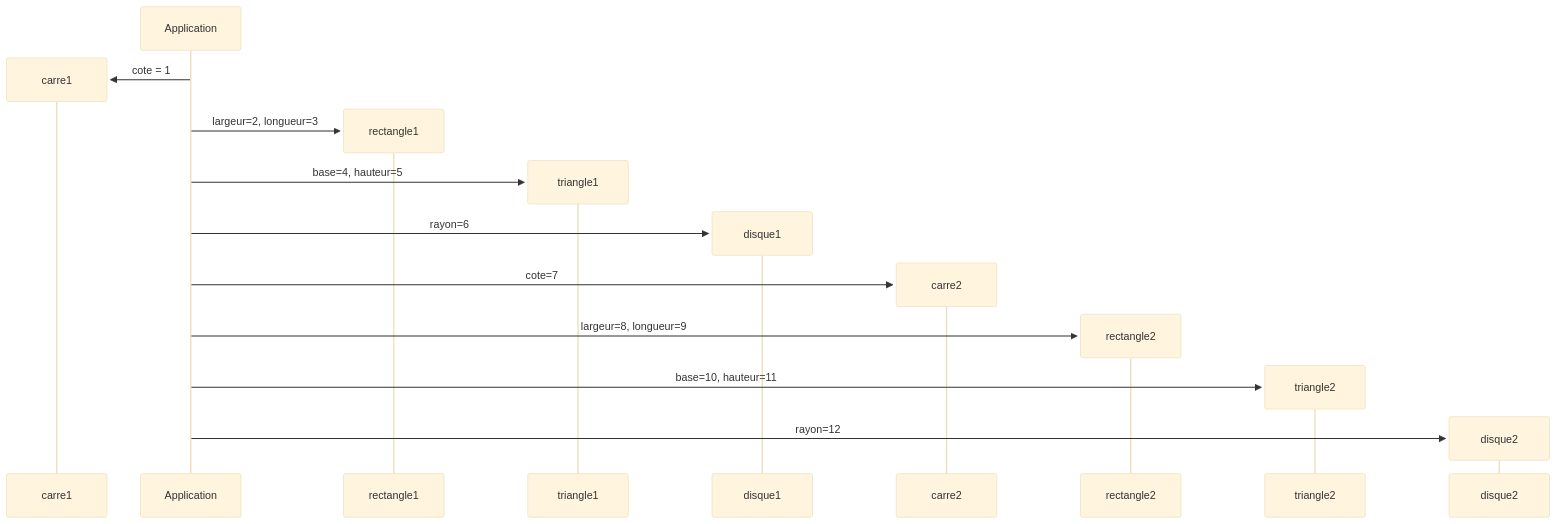
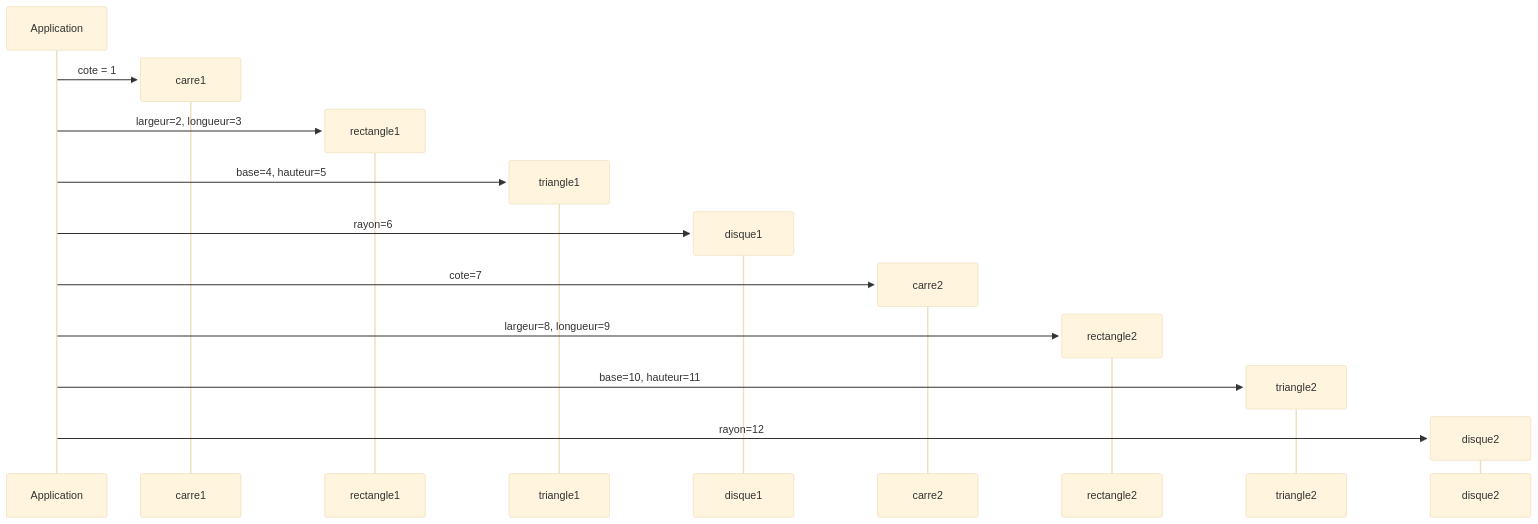
Before and after one commit to emf-info-320/320_EX_05_FORMES_POO: the fifth of 5 diagrams in README.md, drawn with Mermaid (base theme). The commit also changed other lines of this file, not shown here.

Commit message:
correction diagrammes

````diff
--- a/README.md
+++ b/README.md
@@ -311,20 +313,21 @@
 ```mermaid
 sequenceDiagram
+    participant Application
     create participant carre1
     Application->>carre1: cote = 1
     create participant rectangle1
     Application->>rectangle1: largeur=2, longueur=3
     create participant triangle1
     Application->> triangle1 : base=4, hauteur=5
     create participant disque1
     Application->> disque1 : rayon=6
     create participant carre2
     Application->> carre2 : cote=7
     create participant rectangle2
     Application ->> rectangle2 : largeur=8, longueur=9
     create participant triangle2
     Application->> triangle2 : base=10, hauteur=11
     create participant disque2
     Application ->> disque2 : rayon=12
 
 ```
````
